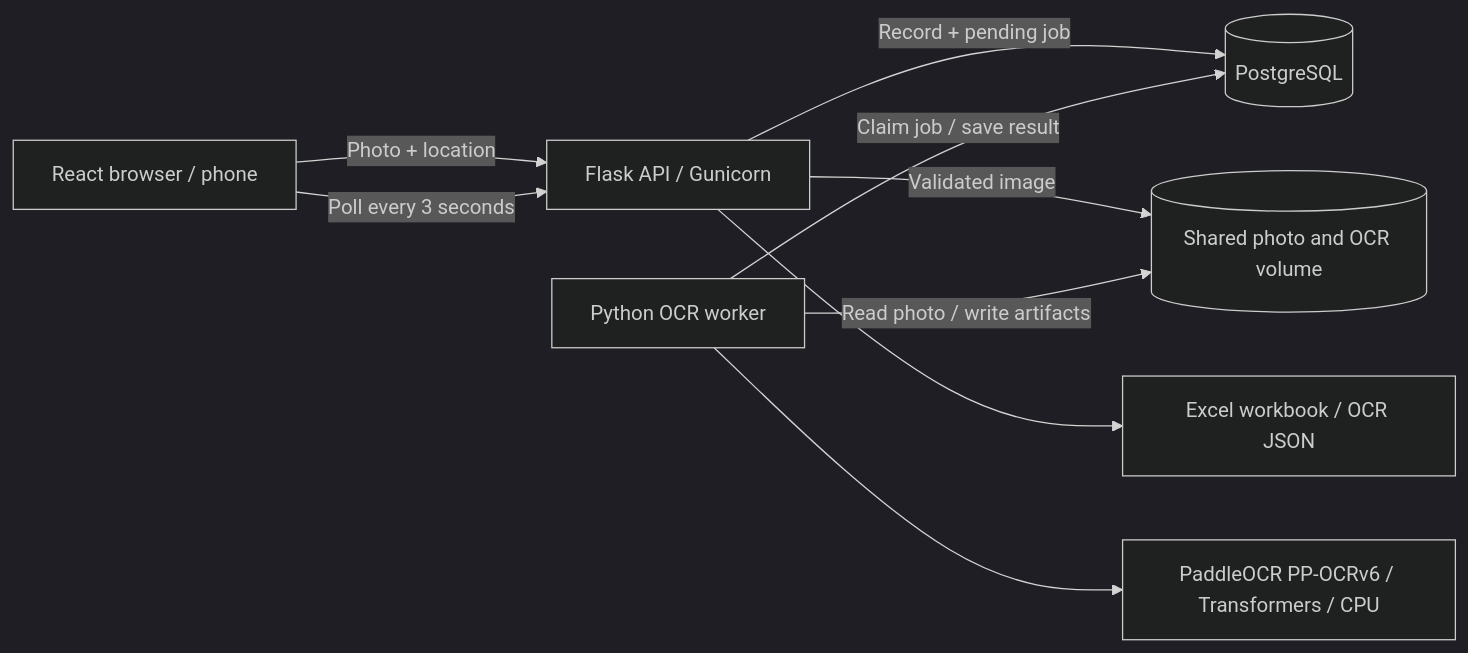
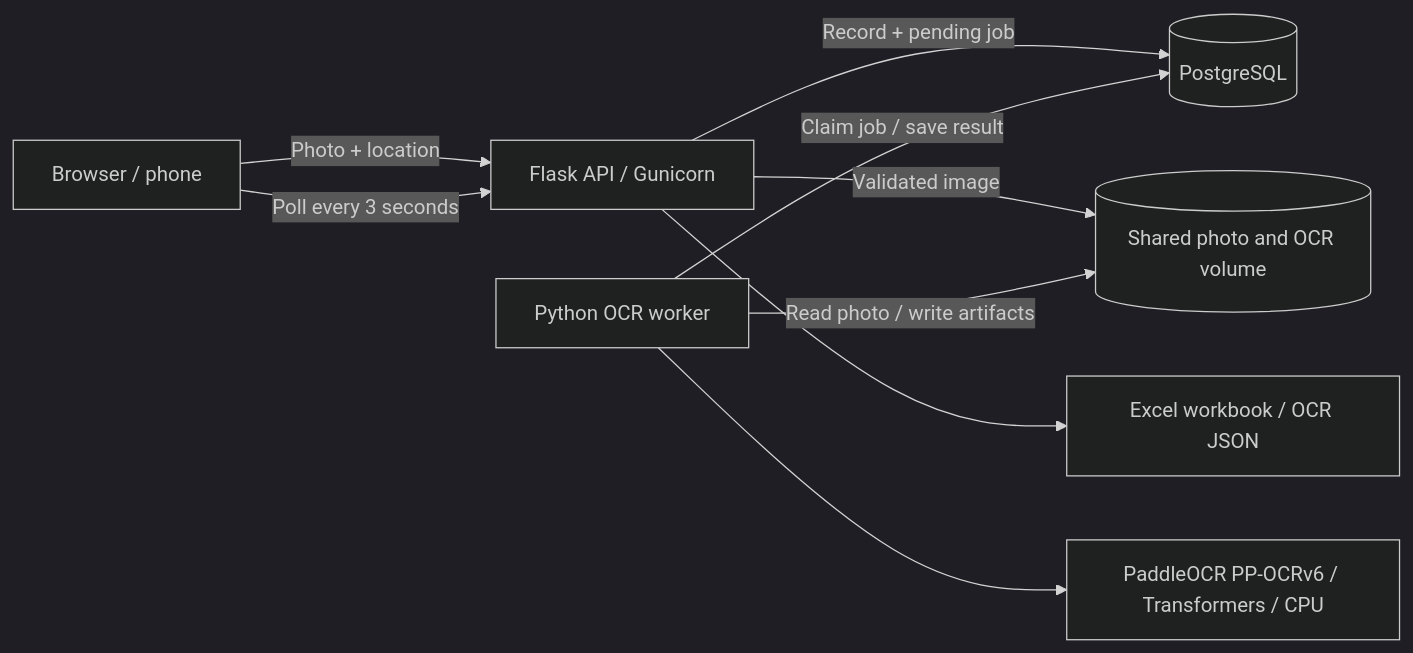
The diagram in README.md (jiongjiongli/pc_inventory_ocr), drawn with Mermaid (dark theme) before and after one commit.

Commit message:
docs: simplify browser label in architecture diagram

````diff
--- a/README.md
+++ b/README.md
@@ -168,11 +168,11 @@
 ```mermaid
 flowchart LR
-    Browser[React browser / phone] -->|Photo + location| Web[Flask API / Gunicorn]
+    Browser[Browser / phone] -->|Photo + location| Web[Flask API / Gunicorn]
     Web -->|Record + pending job| DB[(PostgreSQL)]
     Web -->|Validated image| Files[(Shared photo and OCR volume)]
     Worker[Python OCR worker] -->|Claim job / save result| DB
     Worker -->|Read photo / write artifacts| Files
     Worker --> OCR[PaddleOCR PP-OCRv6 / Transformers / CPU]
     Browser -->|Poll every 3 seconds| Web
     Web --> Reports[Excel workbook / OCR JSON]
 ```
````
